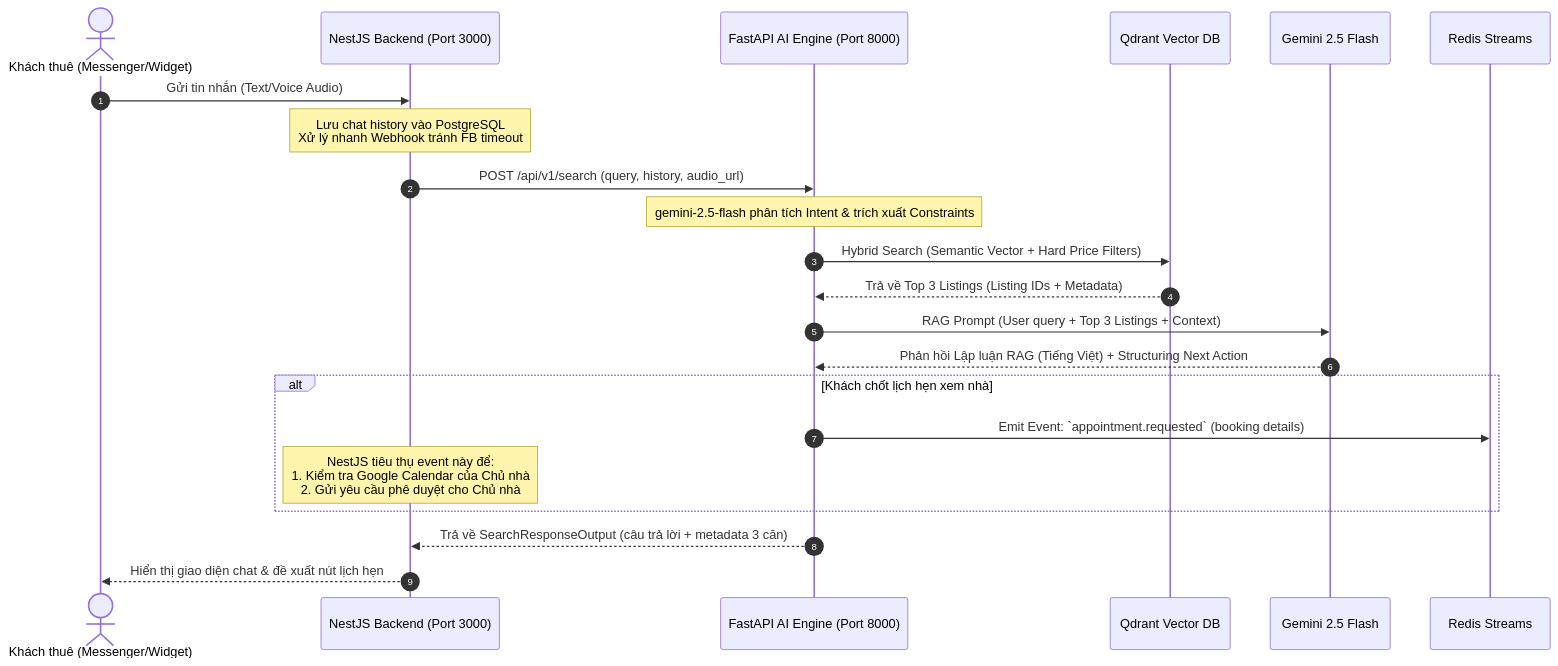
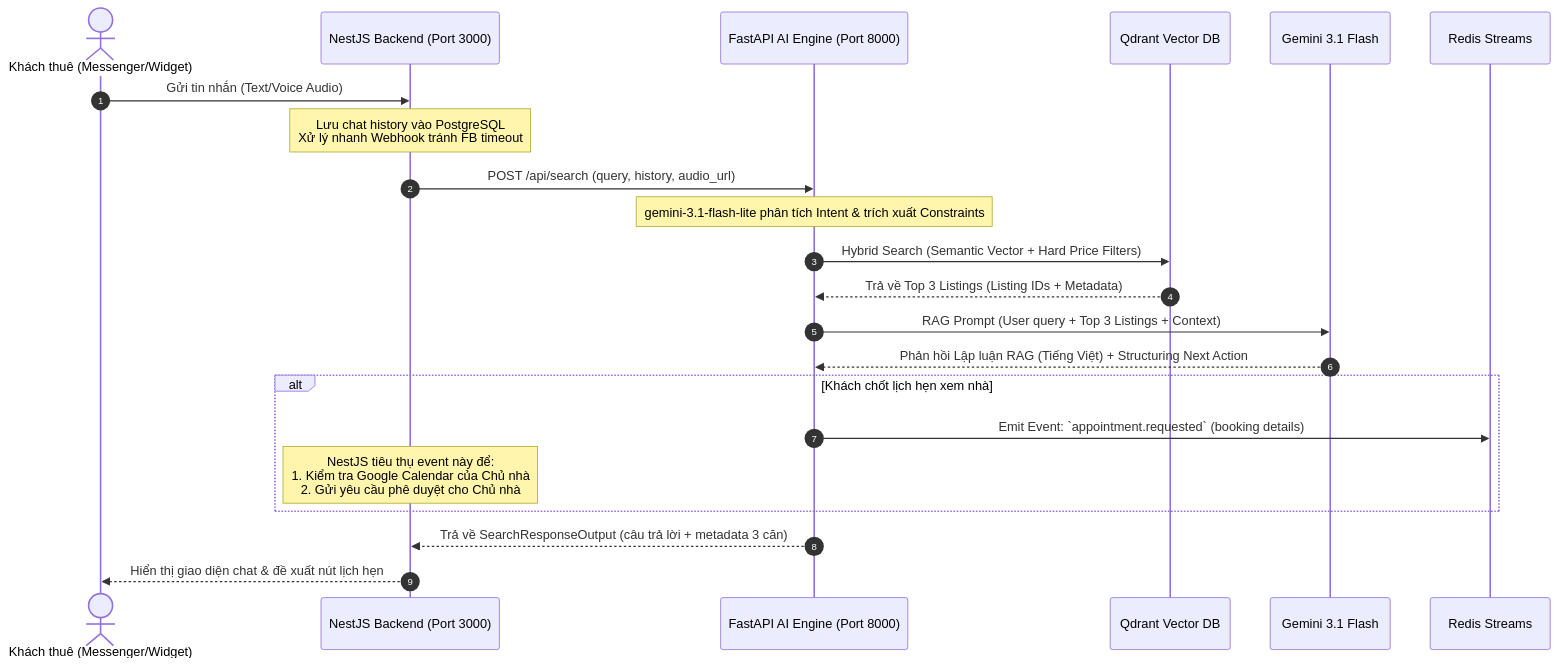
One commit to DungGiaIT/AI-agent-apartment changed the diagram in agent_broker_design.md. Above: the diagram before and after it, drawn with Mermaid. The commit also changed other lines of this file and 18 other files, not shown here.

````diff
--- a/agent_broker_design.md
+++ b/agent_broker_design.md
@@ -31,29 +31,29 @@
 ```mermaid
 sequenceDiagram
     autonumber
     actor Tenant as Khách thuê (Messenger/Widget)
     participant Nest as NestJS Backend (Port 3000)
     participant Fast as FastAPI AI Engine (Port 8000)
     participant Qdrant as Qdrant Vector DB
-    participant Gemini as Gemini 2.5 Flash
+    participant Gemini as Gemini 3.1 Flash
     participant Redis as Redis Streams
 
     Tenant->>Nest: Gửi tin nhắn (Text/Voice Audio)
     Note over Nest: Lưu chat history vào PostgreSQL<br/>Xử lý nhanh Webhook tránh FB timeout
-    Nest->>Fast: POST /api/v1/search (query, history, audio_url)
+    Nest->>Fast: POST /api/search (query, history, audio_url)
     
-    Note over Fast: gemini-2.5-flash phân tích Intent & trích xuất Constraints
+    Note over Fast: gemini-3.1-flash-lite phân tích Intent & trích xuất Constraints
     Fast->>Qdrant: Hybrid Search (Semantic Vector + Hard Price Filters)
     Qdrant-->>Fast: Trả về Top 3 Listings (Listing IDs + Metadata)
     
     Fast->>Gemini: RAG Prompt (User query + Top 3 Listings + Context)
     Gemini-->>Fast: Phản hồi Lập luận RAG (Tiếng Việt) + Structuring Next Action
     
     alt Khách chốt lịch hẹn xem nhà
         Fast->>Redis: Emit Event: `appointment.requested` (booking details)
         Note over Nest: NestJS tiêu thụ event này để:<br/>1. Kiểm tra Google Calendar của Chủ nhà<br/>2. Gửi yêu cầu phê duyệt cho Chủ nhà
     end
     
     Fast-->>Nest: Trả về SearchResponseOutput (câu trả lời + metadata 3 căn)
     Nest-->>Tenant: Hiển thị giao diện chat & đề xuất nút lịch hẹn
 ```
````
